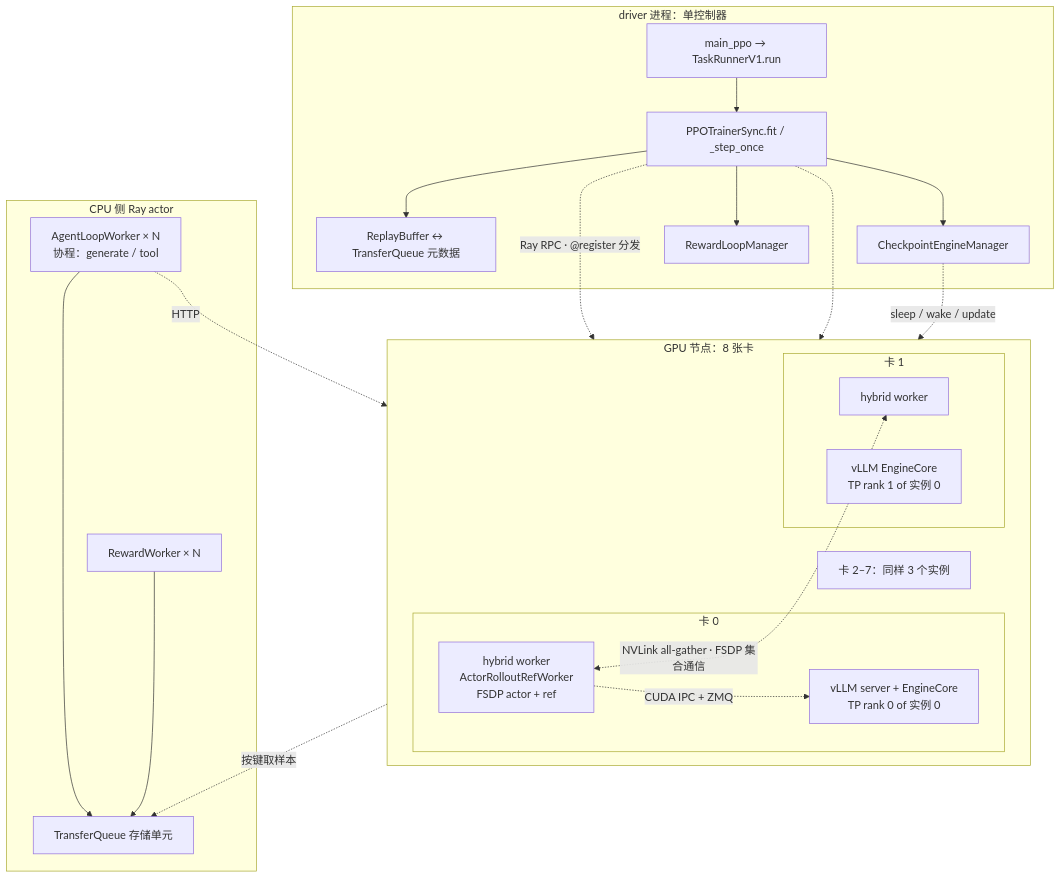
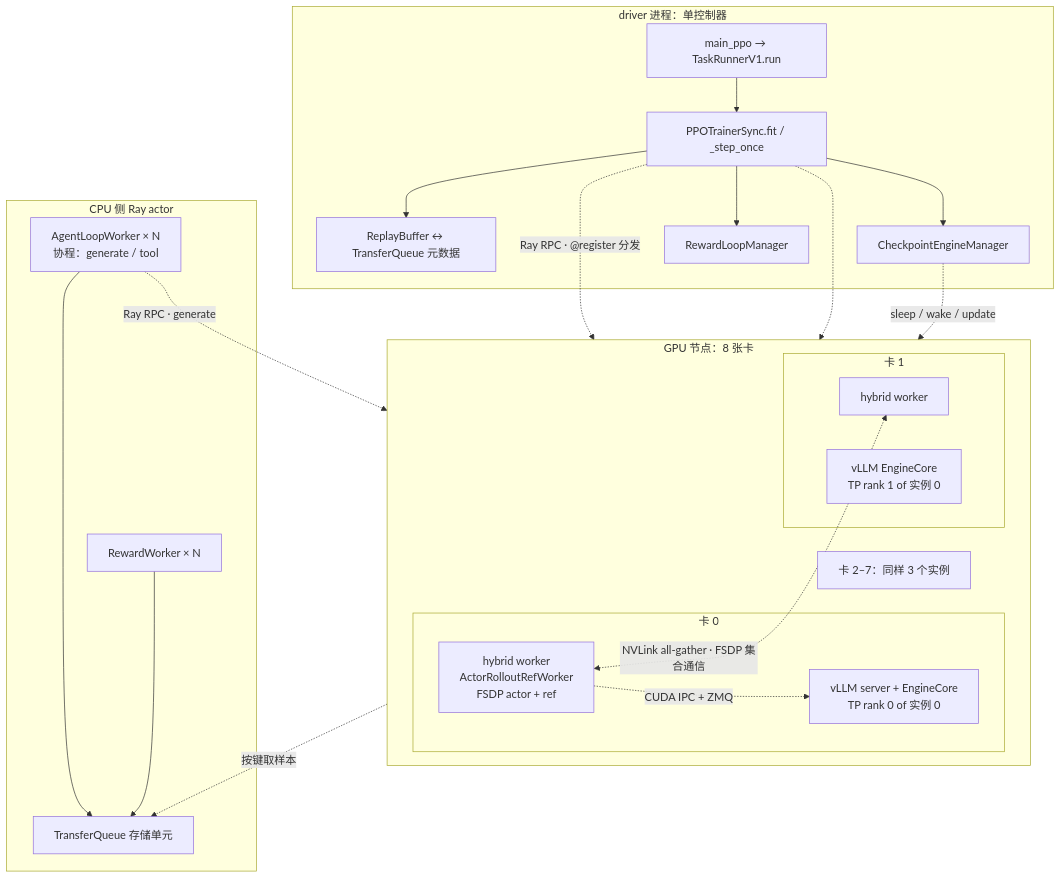
Before and after one commit to arganzheng/arganzheng.github.com: the diagram in _posts/2026-09-02-verl-source-walkthrough-from-a-grpo-config-to-every-worker.md, drawn with Mermaid. The commit also changed other lines of this file, not shown here.

First line of the commit message:
RL 07 verl 源码导读：旅程图转表格；按 v0.9.0 源码修正 bucket 大小、clear_kv_cache/set_global_steps 时机与版本号、step() 先投 prompt、generate 走 Ray RPC、actor mesh 与 update_actor 阻塞、ServerAdapter / AutomodelEngine 类名

````diff
--- a/_posts/2026-09-02-verl-source-walkthrough-from-a-grpo-config-to-every-worker.md
+++ b/_posts/2026-09-02-verl-source-walkthrough-from-a-grpo-config-to-every-worker.md
@@ -47,36 +48,36 @@
 ```mermaid
 %% 图：verl 的进程地图：driver 进程是单控制器，每张卡上 hybrid worker 与 vLLM EngineCore 共置，CPU 侧是 Ray 与奖励服务
 flowchart TB
     subgraph D[driver 进程：单控制器]
         M[main_ppo → TaskRunnerV1.run] --> TR[PPOTrainerSync.fit / _step_once]
         TR --> RB[ReplayBuffer ↔ TransferQueue 元数据]
         TR --> CM[CheckpointEngineManager]
         TR --> RL[RewardLoopManager]
     end
     subgraph G[GPU 节点：8 张卡]
         direction LR
         subgraph W0[卡 0]
             H0[hybrid worker<br/>ActorRolloutRefWorker<br/>FSDP actor + ref]
             V0[vLLM server + EngineCore<br/>TP rank 0 of 实例 0]
         end
         subgraph W1[卡 1]
             H1[hybrid worker]
             V1[vLLM EngineCore<br/>TP rank 1 of 实例 0]
         end
         Wn[卡 2–7：同样 3 个实例]
     end
     subgraph C[CPU 侧 Ray actor]
         AL[AgentLoopWorker × N<br/>协程：generate / tool]
         RW[RewardWorker × N]
         TQ[TransferQueue 存储单元]
     end
     TR -. Ray RPC · @register 分发 .-> H0
     TR -.-> H1
     CM -. sleep / wake / update .-> V0
     H0 -. CUDA IPC + ZMQ .-> V0
     H0 <-. NVLink all-gather · FSDP 集合通信 .-> H1
-    AL -. HTTP .-> V0
+    AL -. Ray RPC · generate .-> V0
     AL --> TQ
     RW --> TQ
     H0 -. 按键取样本 .-> TQ
 ```
````
